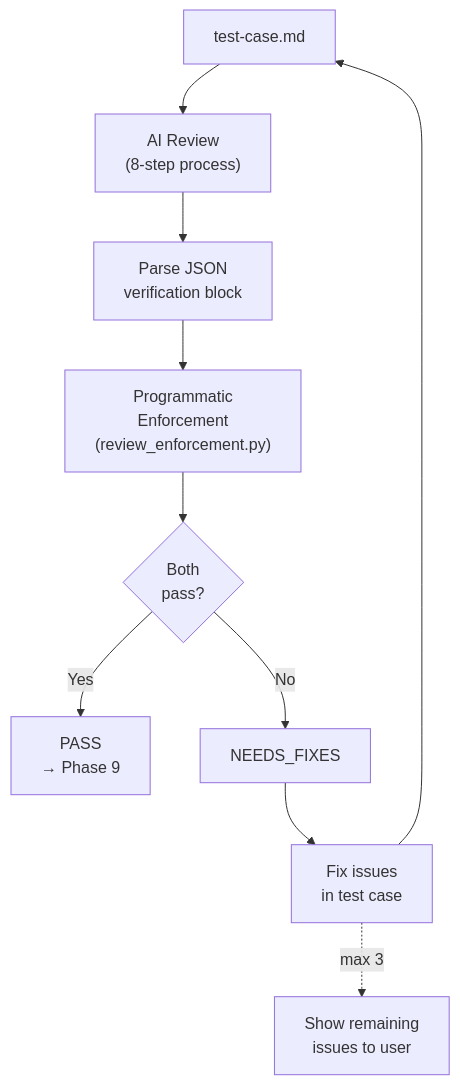
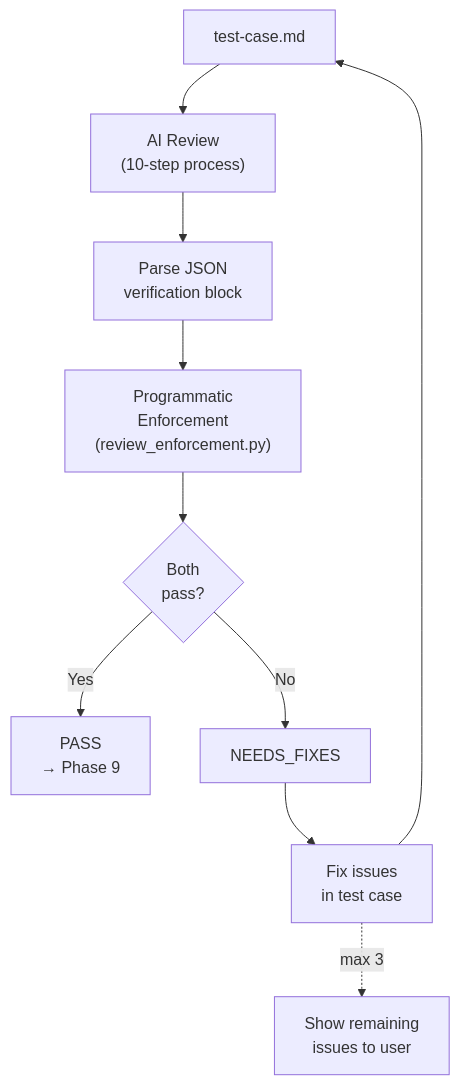
One commit to stolostron/acm-ai-qe changed the seventh of 7 diagrams in docs/test-case-generator/07-SKILL-ARCHITECTURE.md. Above: the diagram before and after it, drawn with Mermaid. The commit also changed other lines of this file and 16 other files, not shown here.

````diff
--- a/docs/test-case-generator/07-SKILL-ARCHITECTURE.md
+++ b/docs/test-case-generator/07-SKILL-ARCHITECTURE.md
@@ -626,14 +635,14 @@
 ```mermaid
 flowchart TD
-    TC[test-case.md] --> AIR["AI Review\n(8-step process)"]
+    TC[test-case.md] --> AIR["AI Review\n(10-step process)"]
     AIR --> JSON["Parse JSON\nverification block"]
     JSON --> PE["Programmatic\nEnforcement\n(review_enforcement.py)"]
     PE --> CHECK{Both\npass?}
 
     CHECK -->|Yes| PASS["PASS\n→ Phase 9"]
     CHECK -->|No| FIXES["NEEDS_FIXES"]
     FIXES --> FIX["Fix issues\nin test case"]
     FIX --> TC
 
     FIX -.max 3.-> ABORT["Show remaining\nissues to user"]
 ```
````
